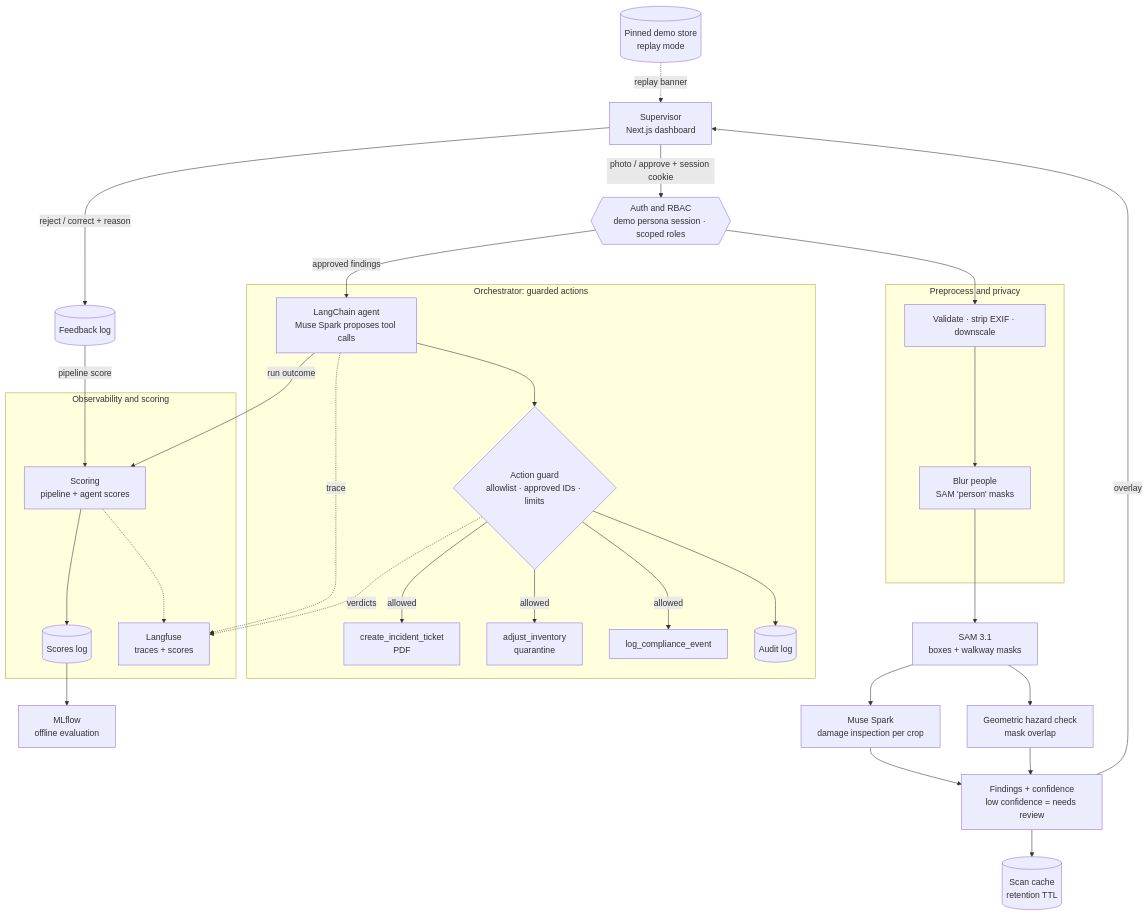
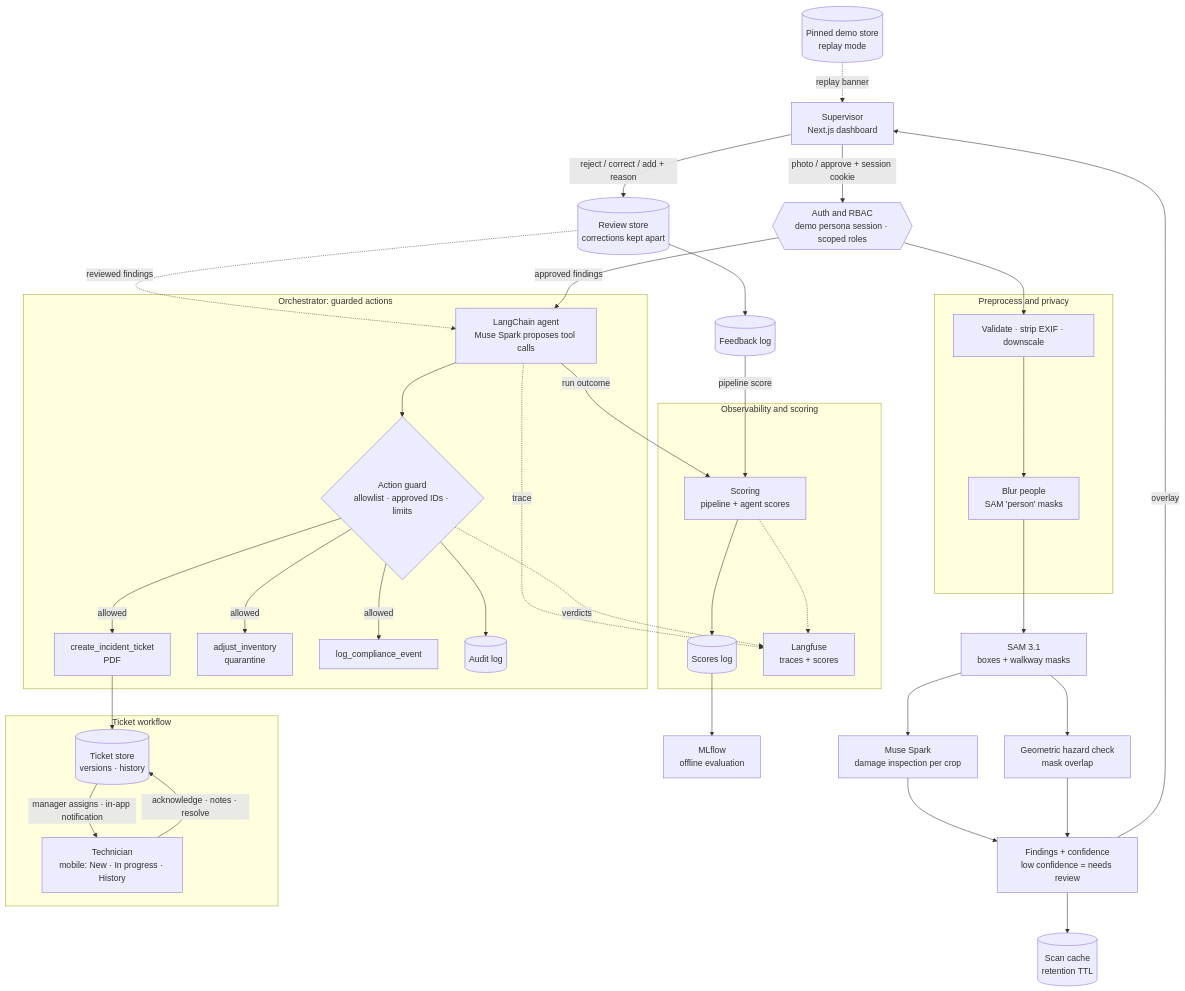
Before and after one commit to sagar-das01/AIsleEye: the diagram in README.md, drawn with Mermaid. The commit also changed other lines of this file, not shown here.

Commit message:
docs: bring the README up to date with finding correction, the ticket workflow and the stock board

````diff
--- a/README.md
+++ b/README.md
@@ -66,42 +68,50 @@
 ```mermaid
 flowchart TD
   U["Supervisor<br/>Next.js dashboard"]
 
   subgraph PREP ["Preprocess and privacy"]
     PRE["Validate · strip EXIF · downscale"] --> BLUR["Blur people<br/>SAM 'person' masks"]
   end
 
   subgraph ACT ["Orchestrator: guarded actions"]
     AG["LangChain agent<br/>Muse Spark proposes tool calls"] --> GUARD{"Action guard<br/>allowlist · approved IDs · limits"}
     GUARD -->|allowed| T1["create_incident_ticket<br/>PDF"]
     GUARD -->|allowed| T2["adjust_inventory<br/>quarantine"]
     GUARD -->|allowed| T3["log_compliance_event"]
     GUARD --> AUD[("Audit log")]
+  end
+
+  subgraph WORK ["Ticket workflow"]
+    Q[("Ticket store<br/>versions · history")] -->|"manager assigns · in-app notification"| TECH["Technician<br/>mobile: New · In progress · History"]
+    TECH -->|"acknowledge · notes · resolve"| Q
   end
 
   subgraph OBS ["Observability and scoring"]
     SCORE["Scoring<br/>pipeline + agent scores"] --> SCORES[("Scores log")]
     SCORE -.-> LF["Langfuse<br/>traces + scores"]
   end
 
   MLF["MLflow<br/>offline evaluation"]
 
   AUTHZ{{"Auth and RBAC<br/>demo persona session · scoped roles"}}
   U -->|"photo / approve + session cookie"| AUTHZ
   AUTHZ --> PRE
   BLUR --> SEG["SAM 3.1<br/>boxes + walkway masks"]
   SEG --> VLM["Muse Spark<br/>damage inspection per crop"]
   SEG --> HZ["Geometric hazard check<br/>mask overlap"]
   VLM --> F["Findings + confidence<br/>low confidence = needs review"]
   HZ --> F
   F --> CACHE[("Scan cache<br/>retention TTL")]
   F -->|overlay| U
   DEMO[("Pinned demo store<br/>replay mode")] -.->|"replay banner"| U
-  U -->|"reject / correct + reason"| FB[("Feedback log")]
+  U -->|"reject / correct / add + reason"| REV[("Review store<br/>corrections kept apart")]
+  REV --> FB[("Feedback log")]
+  REV -.->|"reviewed findings"| AG
+  T1 --> Q
   AUTHZ -->|approved findings| AG
   FB -->|pipeline score| SCORE
   AG -->|run outcome| SCORE
   AG -.->|trace| LF
   GUARD -.->|verdicts| LF
   SCORES --> MLF
 ```
````
